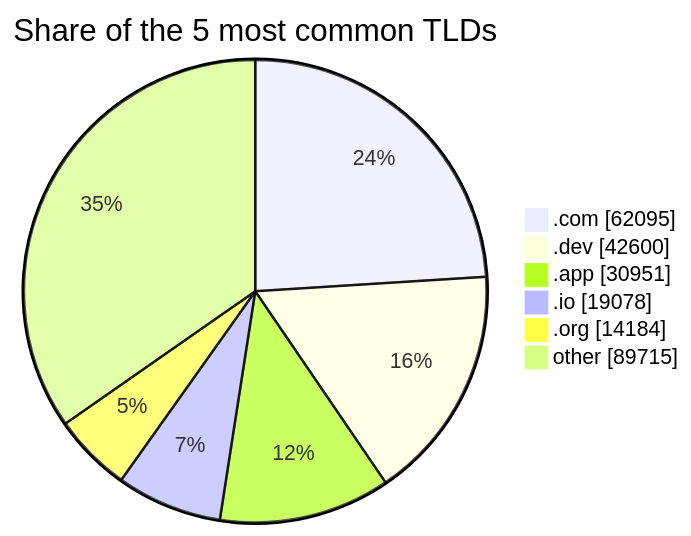
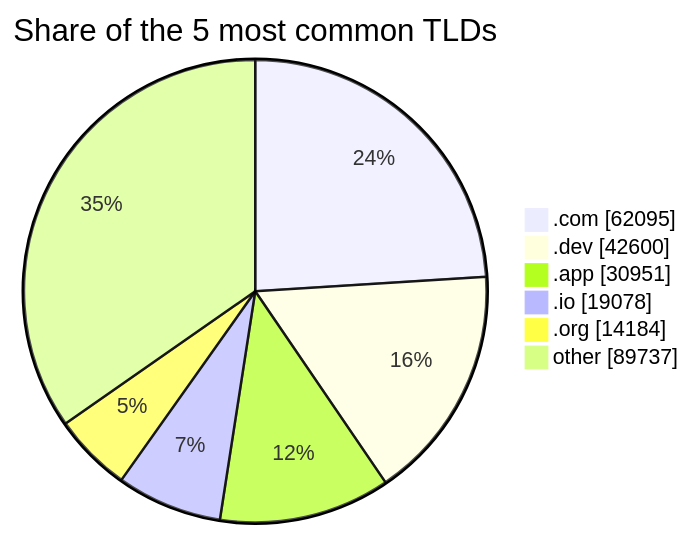
One commit to DNSBunker/CTI changed the second of 2 diagrams in README.md. Above: the diagram before and after it, drawn with Mermaid. The commit also changed other lines of this file and 3 other files, not shown here.

````diff
--- a/README.md
+++ b/README.md
@@ -72,9 +72,9 @@
 ```mermaid
 pie showData title Share of the 5 most common TLDs
     ".com" : 62095
     ".dev" : 42600
     ".app" : 30951
     ".io" : 19078
     ".org" : 14184
-    "other" : 89715
+    "other" : 89737
 ```
````
